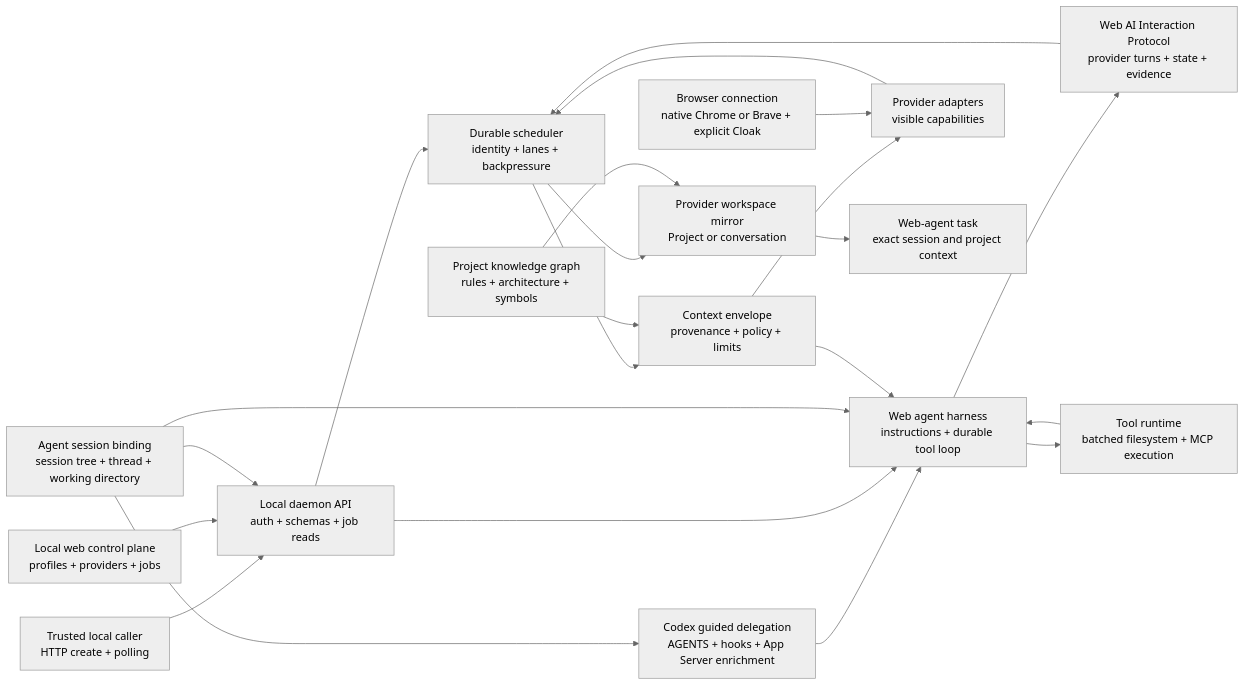
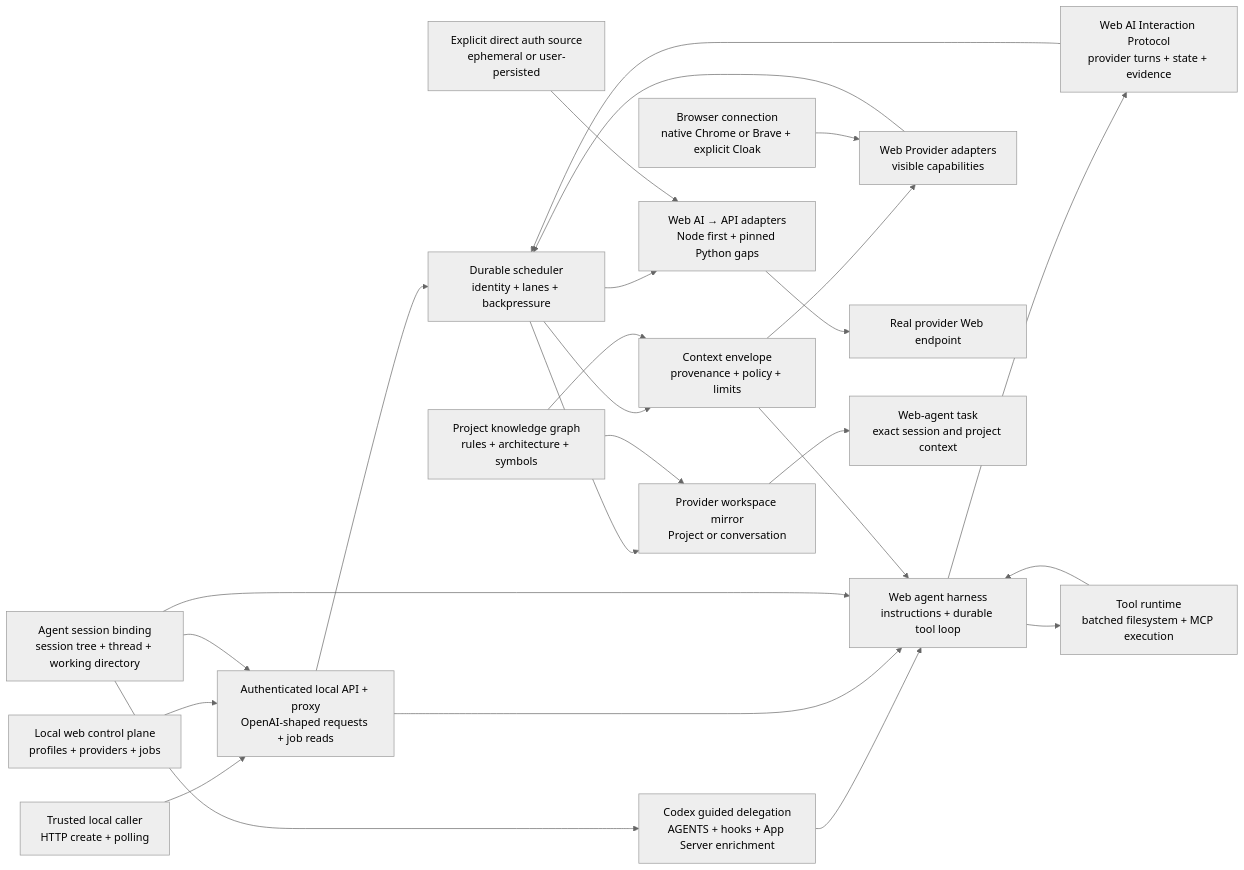
One commit to jazelly/tokenless changed the diagram in docs/roadmaps/README.md. Above: the diagram before and after it, drawn with Mermaid (neutral theme). The commit also changed other lines of this file and 7 other files, not shown here.

Commit message:
docs(product): define web AI API direction

````diff
--- a/docs/roadmaps/README.md
+++ b/docs/roadmaps/README.md
@@ -63,40 +72,46 @@
 ```mermaid
 flowchart LR
   Caller["Trusted local caller<br/>HTTP create + polling"]
   UI["Local web control plane<br/>profiles + providers + jobs"]
-  API["Local daemon API<br/>auth + schemas + job reads"]
+  API["Authenticated local API + proxy<br/>OpenAI-shaped requests + job reads"]
   Session["Agent session binding<br/>session tree + thread + working directory"]
   Codex["Codex guided delegation<br/>AGENTS + hooks + App Server enrichment"]
   Scheduler["Durable scheduler<br/>identity + lanes + backpressure"]
   Context["Context envelope<br/>provenance + policy + limits"]
   Harness["Web agent harness<br/>instructions + durable tool loop"]
   Protocol["Web AI Interaction Protocol<br/>provider turns + state + evidence"]
   Tools["Tool runtime<br/>batched filesystem + MCP execution"]
   Graph["Project knowledge graph<br/>rules + architecture + symbols"]
   Browser["Browser connection<br/>native Chrome or Brave + explicit Cloak"]
-  Provider["Provider adapters<br/>visible capabilities"]
+  Provider["Web Provider adapters<br/>visible capabilities"]
+  Auth["Explicit direct auth source<br/>ephemeral or user-persisted"]
+  Direct["Web AI → API adapters<br/>Node first + pinned Python gaps"]
+  Endpoint["Real provider Web endpoint"]
   Workspace["Provider workspace mirror<br/>Project or conversation"]
   Task["Web-agent task<br/>exact session and project context"]
 
   Caller --> API
   UI --> API
   Session --> API
   Session --> Codex
   Codex --> Harness
   API --> Scheduler
   Scheduler --> Context
   Graph --> Context
   API --> Harness
   Session --> Harness
   Context --> Harness
   Harness --> Protocol
   Protocol --> Scheduler
   Harness --> Tools
   Tools --> Harness
   Context --> Provider
   Browser --> Provider
   Provider --> Scheduler
+  Scheduler --> Direct
+  Auth --> Direct
+  Direct --> Endpoint
   Scheduler --> Workspace
   Graph --> Workspace
   Workspace --> Task
 ```
````
